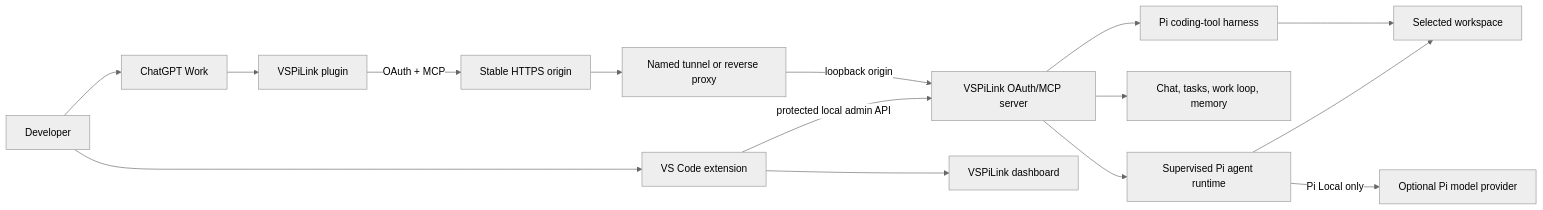
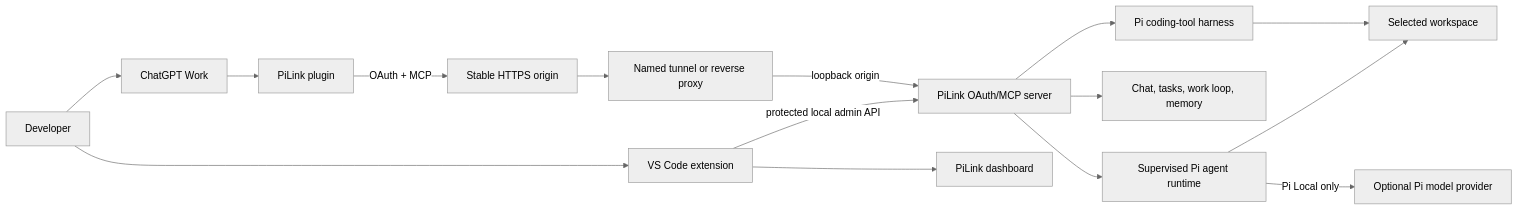
One commit to roccoangelella/PiLink changed the first of 3 diagrams in docs/ARCHITECTURE.md. Above: the diagram before and after it, drawn with Mermaid (neutral theme). The commit also changed other lines of this file and 86 other files, not shown here.

````diff
--- a/docs/ARCHITECTURE.md
+++ b/docs/ARCHITECTURE.md
@@ -16,31 +16,31 @@
 ```mermaid
 flowchart LR
     Developer[Developer]
     Work[ChatGPT Work]
-    Plugin[VSPiLink plugin]
+    Plugin[PiLink plugin]
     Public[Stable HTTPS origin]
     Tunnel[Named tunnel or reverse proxy]
-    Server[VSPiLink OAuth/MCP server]
+    Server[PiLink OAuth/MCP server]
     Harness[Pi coding-tool harness]
     Workspace[Selected workspace]
     Collaboration[Chat, tasks, work loop, memory]
     AgentRuntime[Supervised Pi agent runtime]
     Provider[Optional Pi model provider]
     Extension[VS Code extension]
-    Dashboard[VSPiLink dashboard]
+    Dashboard[PiLink dashboard]
 
     Developer --> Work
     Work --> Plugin
     Plugin -->|OAuth + MCP| Public
     Public --> Tunnel
     Tunnel -->|loopback origin| Server
     Server --> Harness
     Harness --> Workspace
     Server --> Collaboration
     Server --> AgentRuntime
     AgentRuntime --> Workspace
     AgentRuntime -->|Pi Local only| Provider
     Developer --> Extension
     Extension --> Dashboard
     Extension -->|protected local admin API| Server
 ```
````
